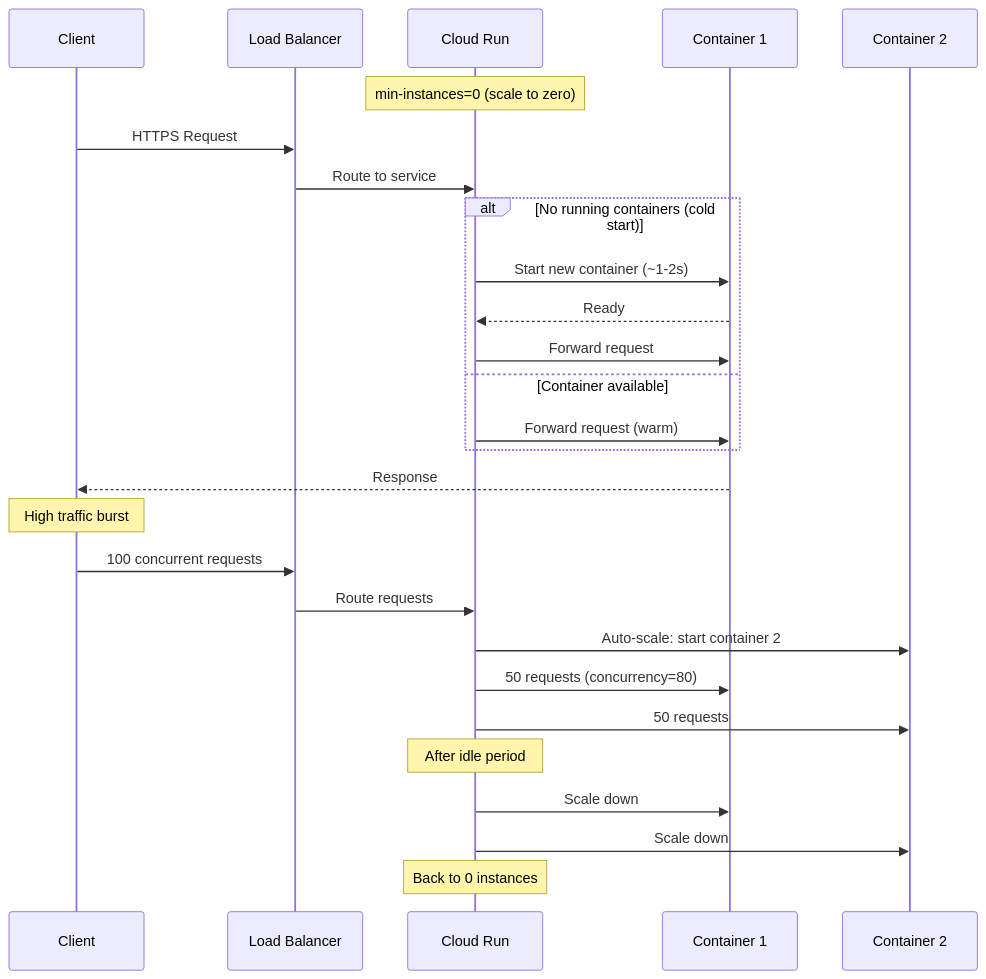
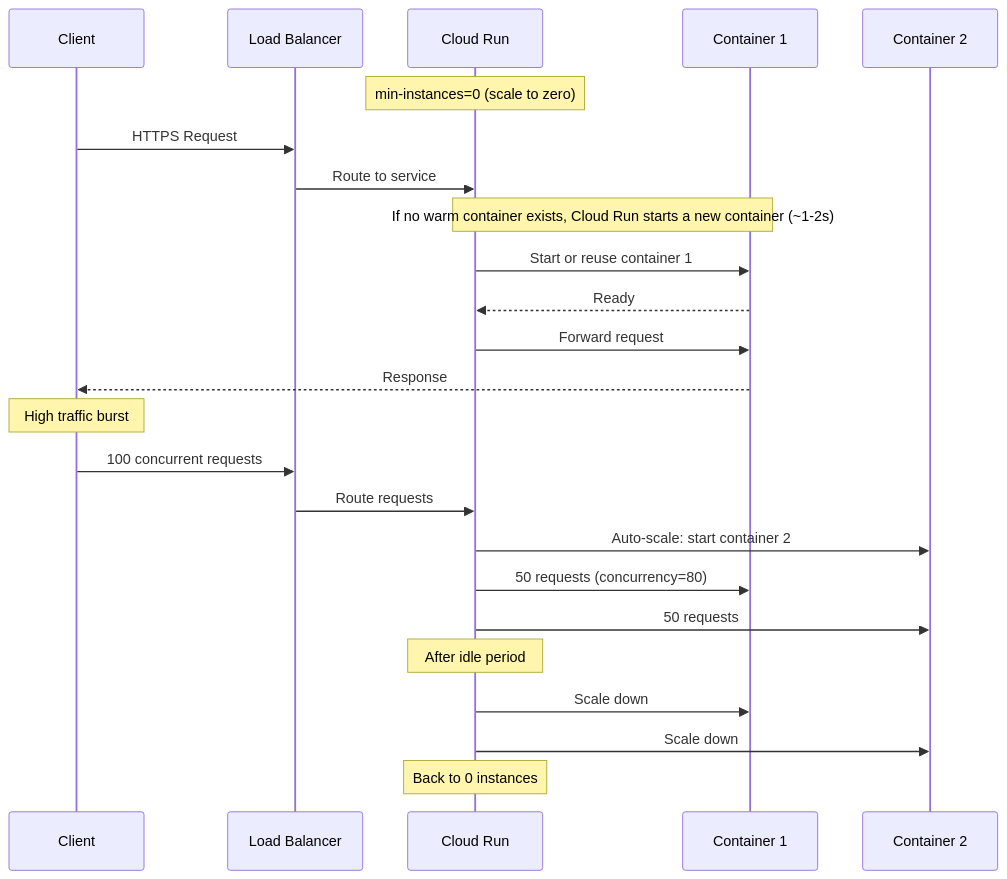
One commit to ShasidharReddy/GCP-Cloud-Engineer changed diagram 13 of 33 in Architecture/README.md. Above: the diagram before and after it, drawn with Mermaid. The commit also changed other lines of this file and 7 other files, not shown here.

Commit message:
fix: resolve Mermaid rendering errors and add official GCP documentation links (#9)

````diff
--- a/Architecture/README.md
+++ b/Architecture/README.md
@@ -681,34 +681,29 @@
 ```mermaid
 sequenceDiagram
     participant Client
     participant LB as Load Balancer
     participant CR as Cloud Run
     participant C1 as Container 1
     participant C2 as Container 2
     
     Note over CR: min-instances=0 (scale to zero)
     Client->>LB: HTTPS Request
     LB->>CR: Route to service
-    
-    alt No running containers (cold start)
-        CR->>C1: Start new container (~1-2s)
-        C1-->>CR: Ready
-        CR->>C1: Forward request
-    else Container available
-        CR->>C1: Forward request (warm)
-    end
-    
+    Note over CR,C1: If no warm container exists, Cloud Run starts a new container (~1-2s)
+    CR->>C1: Start or reuse container 1
+    C1-->>CR: Ready
+    CR->>C1: Forward request
     C1-->>Client: Response
     
     Note over Client: High traffic burst
     Client->>LB: 100 concurrent requests
     LB->>CR: Route requests
     CR->>C2: Auto-scale: start container 2
     CR->>C1: 50 requests (concurrency=80)
     CR->>C2: 50 requests
     
     Note over CR: After idle period
     CR->>C1: Scale down
     CR->>C2: Scale down
     Note over CR: Back to 0 instances
 ```
````
